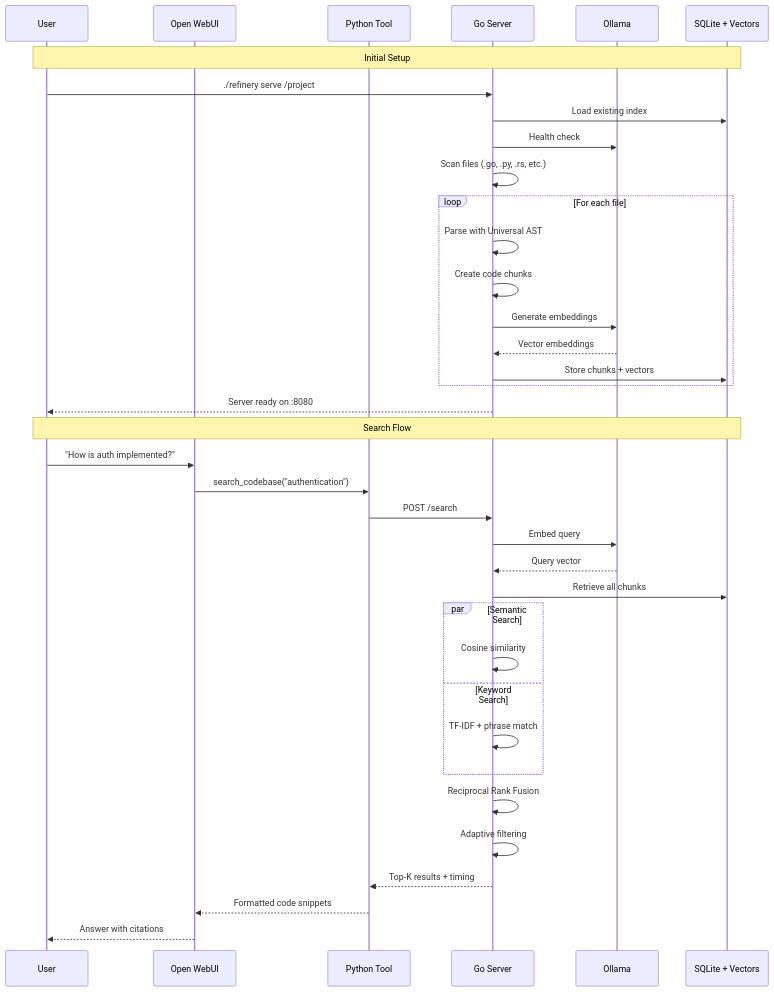
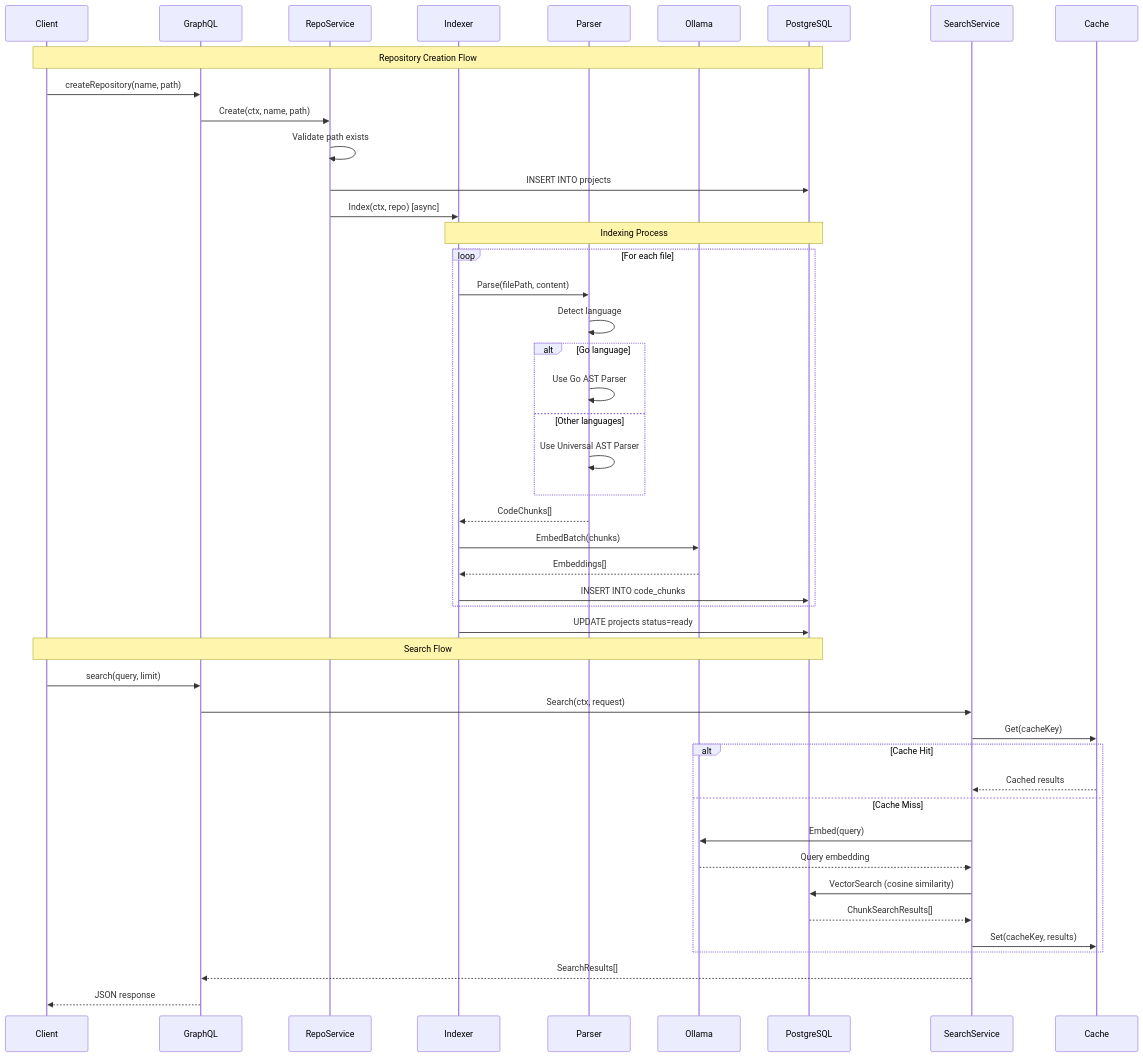
One commit to marw-dev/coderefinery changed the second of 2 diagrams in README.md. Above: the diagram before and after it, drawn with Mermaid. The commit also changed other lines of this file, not shown here.

````diff
--- a/README.md
+++ b/README.md
@@ -56,43 +63,56 @@
 ```mermaid
 sequenceDiagram
-    participant User
-    participant WebUI as Open WebUI
-    participant Tool as Python Tool
-    participant Server as Go Server
+    participant Client
+    participant GraphQL
+    participant RepoService
+    participant Indexer
+    participant Parser
     participant Ollama
-    participant DB as SQLite + Vectors
+    participant PostgreSQL
     
-    Note over User,DB: Initial Setup
-    User->>Server: ./refinery serve /project
-    Server->>DB: Load existing index
-    Server->>Ollama: Health check
-    Server->>Server: Scan files (.go, .py, .rs, etc.)
+    Note over Client,PostgreSQL: Repository Creation Flow
+    Client->>GraphQL: createRepository(name, path)
+    GraphQL->>RepoService: Create(ctx, name, path)
+    RepoService->>RepoService: Validate path exists
+    RepoService->>PostgreSQL: INSERT INTO projects
+    RepoService->>Indexer: Index(ctx, repo) [async]
+    
+    Note over Indexer,PostgreSQL: Indexing Process
     loop For each file
-        Server->>Server: Parse with Universal AST
-        Server->>Server: Create code chunks
-        Server->>Ollama: Generate embeddings
-        Ollama-->>Server: Vector embeddings
-        Server->>DB: Store chunks + vectors
-    end
-    Server-->>User: Server ready on :8080
-    
-    Note over User,DB: Search Flow
-    User->>WebUI: "How is auth implemented?"
-    WebUI->>Tool: search_codebase("authentication")
-    Tool->>Server: POST /search
-    Server->>Ollama: Embed query
-    Ollama-->>Server: Query vector
-    Server->>DB: Retrieve all chunks
-    
-    par Semantic Search
-        Server->>Server: Cosine similarity
-    and Keyword Search
-        Server->>Server: TF-IDF + phrase match
+        Indexer->>Parser: Parse(filePath, content)
+        Parser->>Parser: Detect language
+        alt Go language
+            Parser->>Parser: Use Go AST Parser
+        else Other languages
+            Parser->>Parser: Use Universal AST Parser
+        end
+        Parser-->>Indexer: CodeChunks[]
+        
+        Indexer->>Ollama: EmbedBatch(chunks)
+        Ollama-->>Indexer: Embeddings[]
+        
+        Indexer->>PostgreSQL: INSERT INTO code_chunks
     end
     
-    Server->>Server: Reciprocal Rank Fusion
-    Server->>Server: Adaptive filtering
-    Server-->>Tool: Top-K results + timing
-    Tool-->>WebUI: Formatted code snippets
-    WebUI-->>User: Answer with citations
+    Indexer->>PostgreSQL: UPDATE projects status=ready
+    
+    Note over Client,PostgreSQL: Search Flow
+    Client->>GraphQL: search(query, limit)
+    GraphQL->>SearchService: Search(ctx, request)
+    
+    SearchService->>Cache: Get(cacheKey)
+    alt Cache Hit
+        Cache-->>SearchService: Cached results
+    else Cache Miss
+        SearchService->>Ollama: Embed(query)
+        Ollama-->>SearchService: Query embedding
+        
+        SearchService->>PostgreSQL: VectorSearch (cosine similarity)
+        PostgreSQL-->>SearchService: ChunkSearchResults[]
+        
+        SearchService->>Cache: Set(cacheKey, results)
+    end
+    
+    SearchService-->>GraphQL: SearchResults[]
+    GraphQL-->>Client: JSON response
 ```
````
